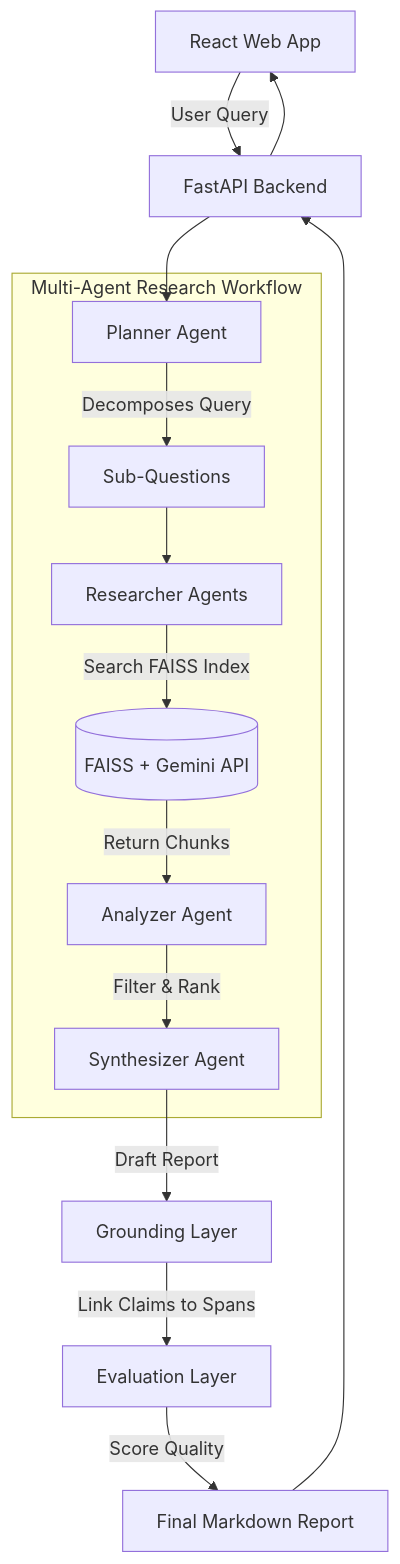
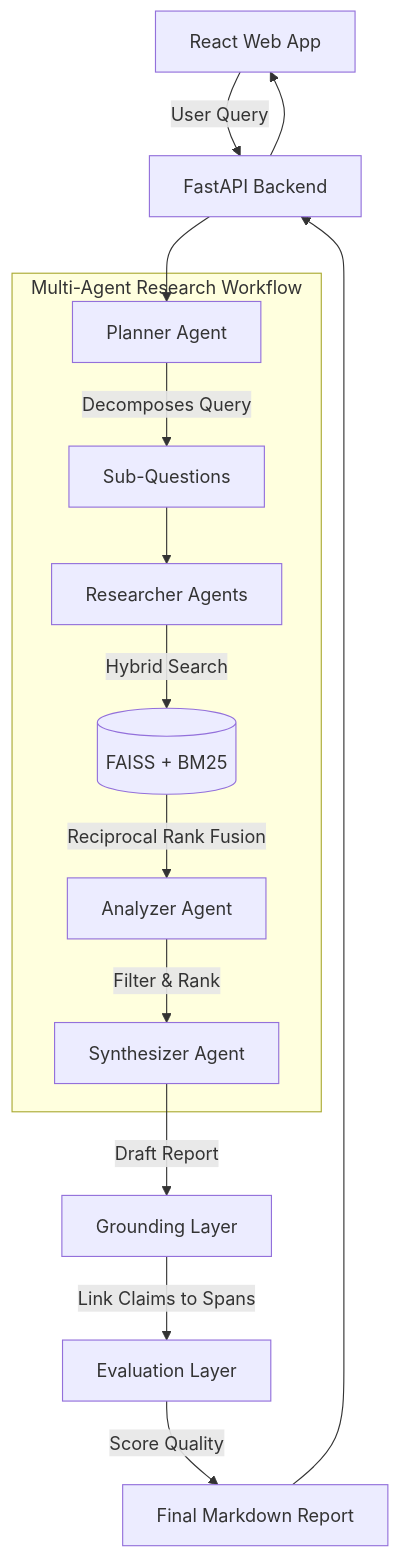
The diagram in README.md (divya-3005/ReMi), drawn with Mermaid before and after one commit. The commit also changed other lines of this file and 8 other files, not shown here.

Commit message:
feat: upgrade to PyMuPDF and implement Hybrid Search with Reciprocal Rank Fusion

````diff
--- a/README.md
+++ b/README.md
@@ -74,19 +75,19 @@
 ```mermaid
 flowchart TD
     UI[React Web App] -->|User Query| API[FastAPI Backend]
     API --> Planner[Planner Agent]
     
     subgraph Multi-Agent Research Workflow
         Planner -->|Decomposes Query| SubQs[Sub-Questions]
         SubQs --> Researcher[Researcher Agents]
-        Researcher -->|Search FAISS Index| VectorStore[(FAISS + Gemini API)]
-        VectorStore -->|Return Chunks| Analyzer[Analyzer Agent]
+        Researcher -->|Hybrid Search| VectorStore[(FAISS + BM25)]
+        VectorStore -->|Reciprocal Rank Fusion| Analyzer[Analyzer Agent]
         Analyzer -->|Filter & Rank| Synthesizer[Synthesizer Agent]
     end
     
     Synthesizer -->|Draft Report| Grounding[Grounding Layer]
     Grounding -->|Link Claims to Spans| Evaluator[Evaluation Layer]
     Evaluator -->|Score Quality| FinalReport[Final Markdown Report]
     FinalReport --> API
     API --> UI
 ```
````
